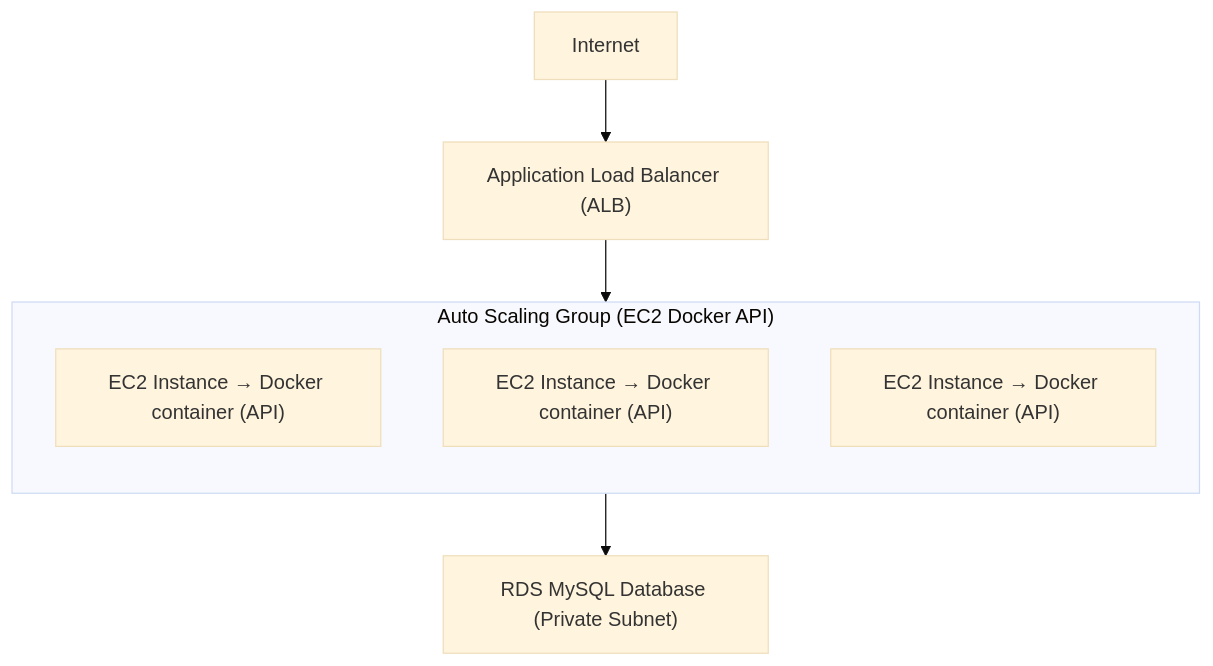
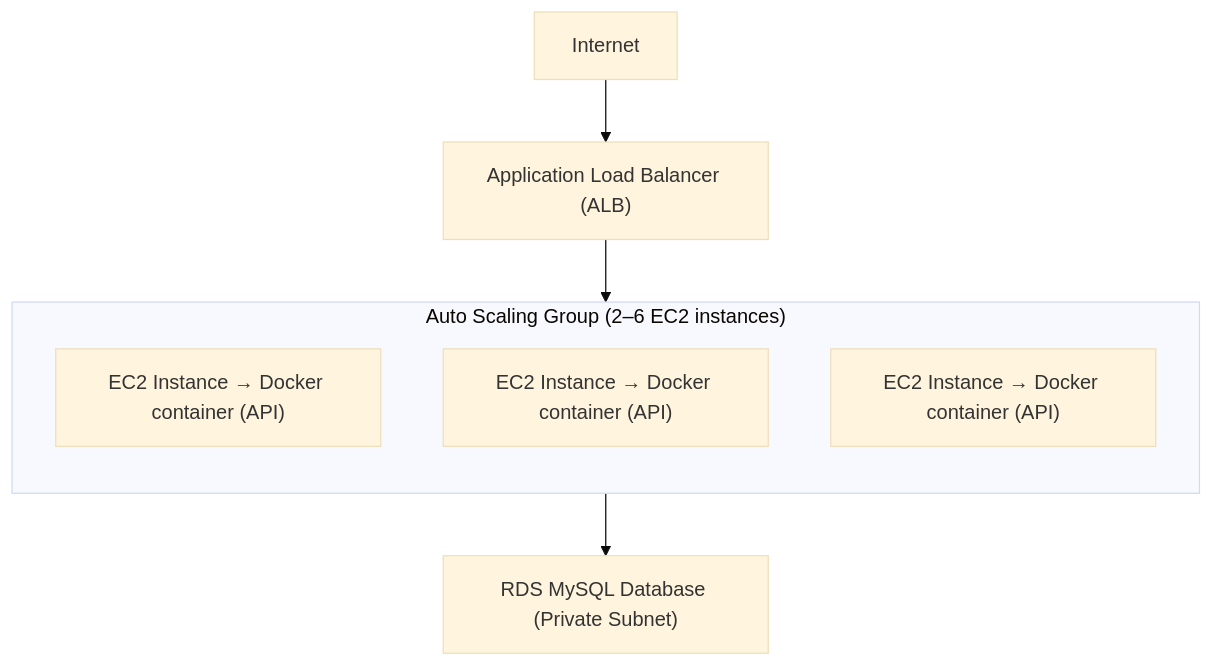
One commit to qzee-dev/terraform-docker-autoscaling-3tier changed the diagram in README.md. Above: the diagram before and after it, drawn with Mermaid (base theme). The commit also changed other lines of this file, not shown here.

````diff
--- a/README.md
+++ b/README.md
@@ -29,17 +30,17 @@
 ```mermaid
 flowchart TD
     Internet["Internet"]
 
     ALB["Application Load Balancer (ALB)"]
 
-    subgraph Auto_Scaling_Group["Auto Scaling Group (EC2 Docker API)"]
+    subgraph Auto_Scaling_Group["Auto Scaling Group (2–6 EC2 instances)"]
         direction TB
         EC2_1["EC2 Instance → Docker container (API)"]
         EC2_2["EC2 Instance → Docker container (API)"]
         EC2_3["EC2 Instance → Docker container (API)"]
     end
 
     RDS["RDS MySQL Database (Private Subnet)"]
 
     Internet --> ALB --> Auto_Scaling_Group --> RDS
 ```
````
